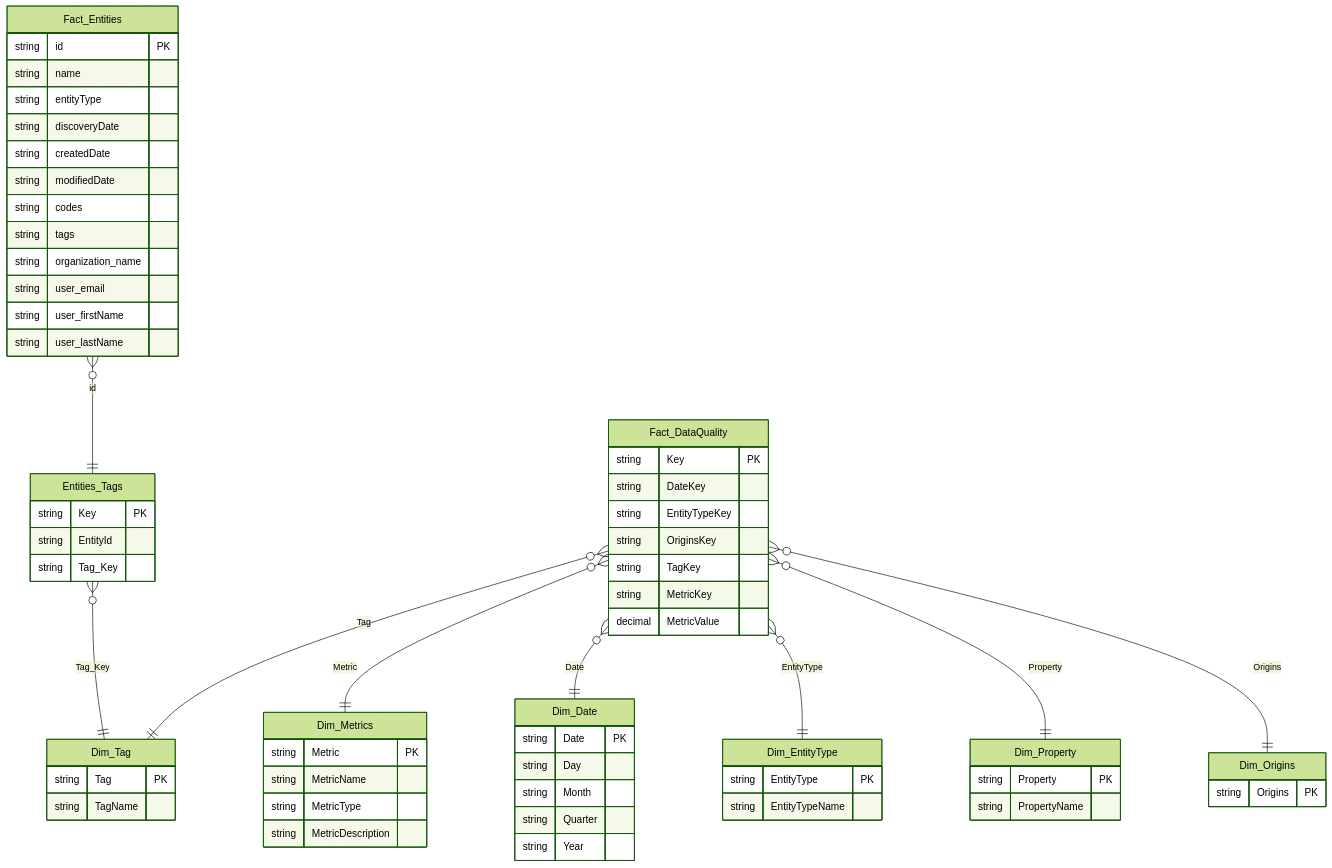
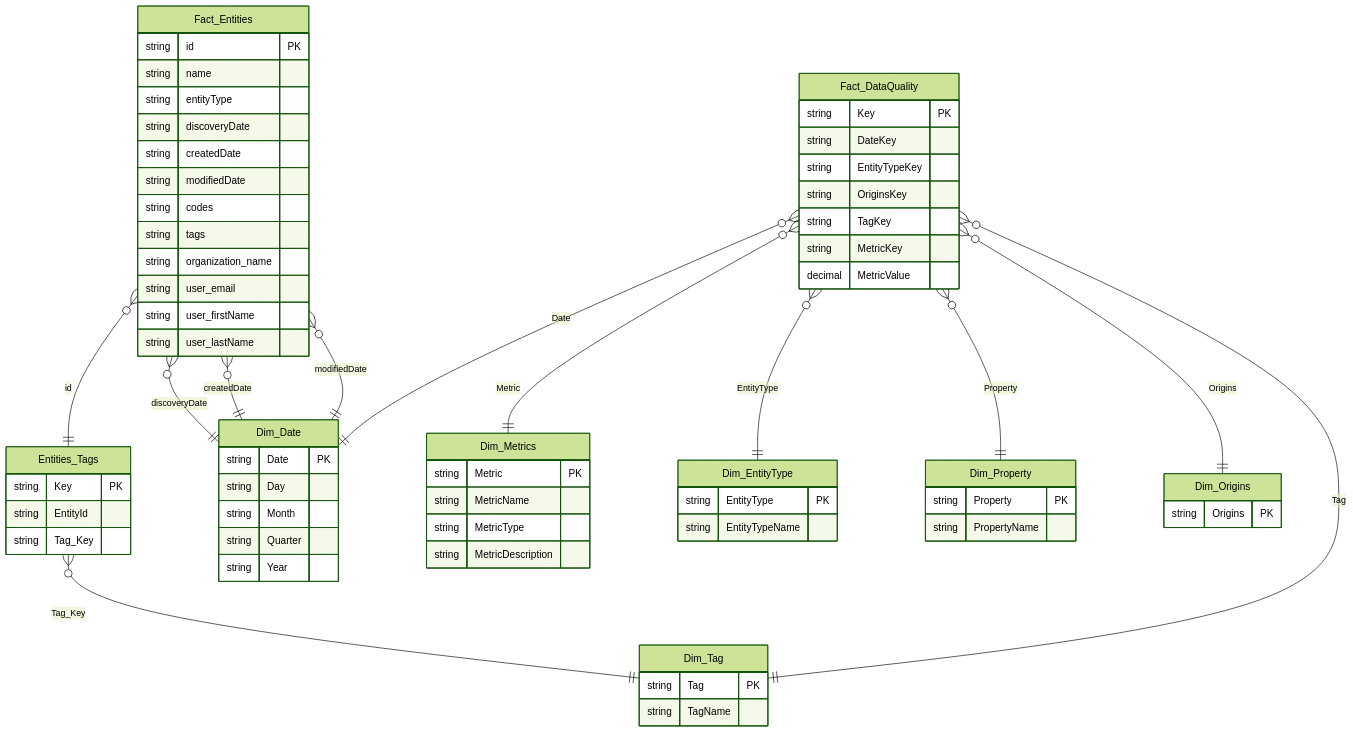
The second of 2 diagrams in README.md (romaklimenko/cluedin-bi), drawn with Mermaid (forest theme) before and after one commit. The commit also changed 4 other files, not shown here.

````diff
--- a/README.md
+++ b/README.md
@@ -43,77 +43,80 @@
 ```mermaid
 erDiagram
     Fact_Entities {
         string id PK
         string name
         string entityType
         string discoveryDate
         string createdDate
         string modifiedDate
         string codes
         string tags
         string organization_name
         string user_email
         string user_firstName
         string user_lastName
     }
     Fact_Entities }o--|| Entities_Tags : id
+    Fact_Entities }o--|| Dim_Date : discoveryDate
+    Fact_Entities }o--|| Dim_Date : createdDate
+    Fact_Entities }o--|| Dim_Date : modifiedDate
     
     Entities_Tags {
         string Key PK
         string EntityId
         string Tag_Key
     }
     Entities_Tags }o--|| Dim_Tag : Tag_Key
 
 
     Fact_DataQuality {
         string Key PK
         string DateKey
         string EntityTypeKey
         string OriginsKey
         string TagKey
         string MetricKey
         decimal MetricValue
     }
     Fact_DataQuality }o--|| Dim_Metrics : Metric
     Fact_DataQuality }o--|| Dim_Date : Date
     Fact_DataQuality }o--|| Dim_EntityType : EntityType
     Fact_DataQuality }o--|| Dim_Property : Property
     Fact_DataQuality }o--|| Dim_Origins : Origins
     Fact_DataQuality }o--|| Dim_Tag : Tag
 
     Dim_Metrics {
         string Metric PK
         string MetricName
         string MetricType
         string MetricDescription
     }
 
     Dim_Date {
         string Date PK
         string Day
         string Month
         string Quarter
         string Year
     }
 
     Dim_EntityType {
         string EntityType PK
         string EntityTypeName
     }
 
     Dim_Property {
         string Property PK
         string PropertyName
     }
 
     Dim_Origins {
         string Origins PK
     }
 
     Dim_Tag {
         string Tag PK
         string TagName
     }
 
 ```
````
